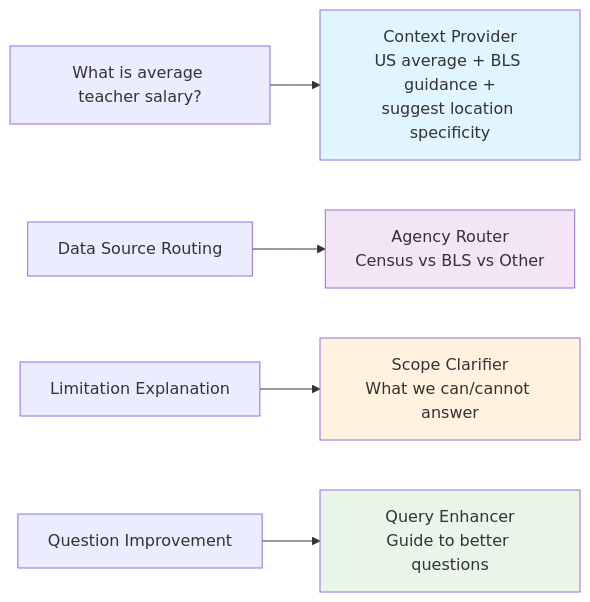
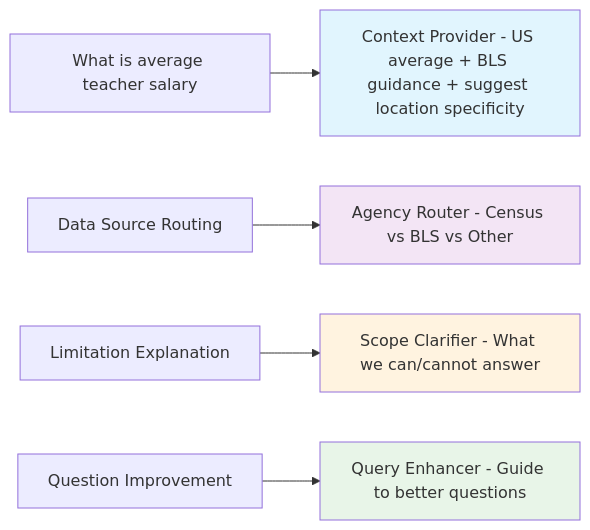
One commit to saikrmet/open-census-mcp-server changed the sixth of 8 diagrams in enhanced_phase3_architecture.md. Above: the diagram before and after it, drawn with Mermaid. The commit also changed other lines of this file, not shown here.

````diff
--- a/enhanced_phase3_architecture.md
+++ b/enhanced_phase3_architecture.md
@@ -395,12 +455,12 @@
 ```mermaid
 graph LR
-    R1["What is average teacher salary?"] --> RT1[Context Provider<br/>US average + BLS guidance +<br/>suggest location specificity]
-    R2[Data Source Routing] --> RT2[Agency Router<br/>Census vs BLS vs Other]
-    R3[Limitation Explanation] --> RT3[Scope Clarifier<br/>What we can/cannot answer]
-    R4[Question Improvement] --> RT4[Query Enhancer<br/>Guide to better questions]
+    R1[What is average teacher salary] --> RT1[Context Provider - US average + BLS guidance + suggest location specificity]
+    R2[Data Source Routing] --> RT2[Agency Router - Census vs BLS vs Other]
+    R3[Limitation Explanation] --> RT3[Scope Clarifier - What we can/cannot answer]
+    R4[Question Improvement] --> RT4[Query Enhancer - Guide to better questions]
     
     style RT1 fill:#e1f5fe
     style RT2 fill:#f3e5f5
     style RT3 fill:#fff3e0
     style RT4 fill:#e8f5e8
 ```
````
